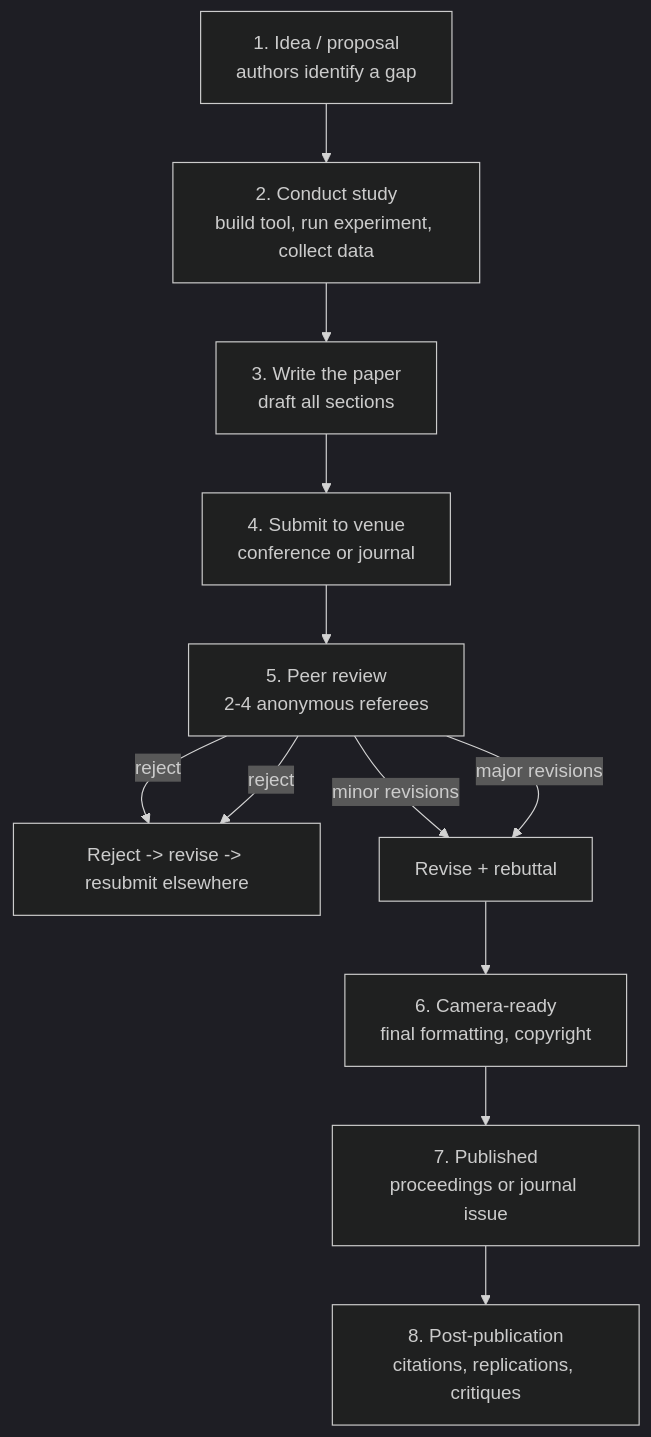
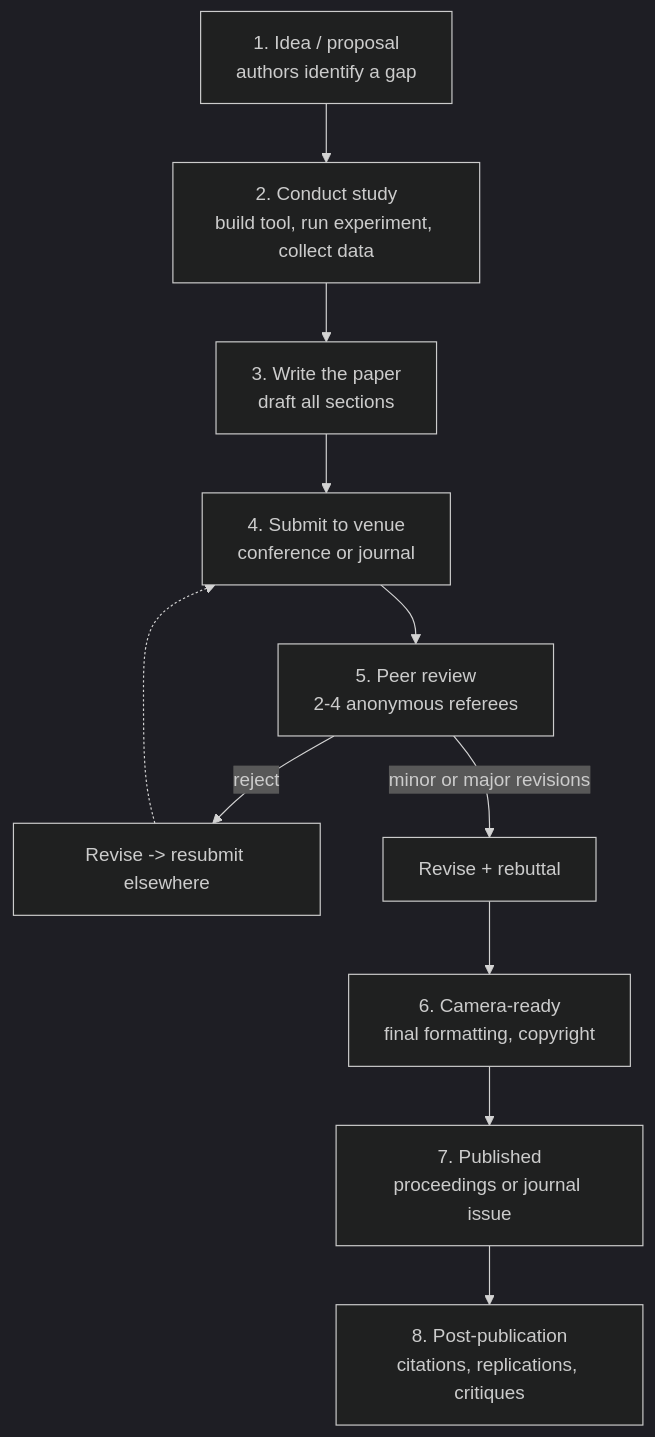
The third of 5 diagrams in personal/note/how-to-read-a-research-paper.md (oat431/oralita_md), drawn with Mermaid (dark theme) before and after one commit. The commit also changed other lines of this file and 5 other files, not shown here.

````diff
--- a/personal/note/how-to-read-a-research-paper.md
+++ b/personal/note/how-to-read-a-research-paper.md
@@ -252,14 +383,13 @@
 ```mermaid
 flowchart TD
     A["1. Idea / proposal<br/>authors identify a gap"] --> B["2. Conduct study<br/>build tool, run experiment, collect data"]
     B --> C["3. Write the paper<br/>draft all sections"]
     C --> D["4. Submit to venue<br/>conference or journal"]
     D --> E["5. Peer review<br/>2-4 anonymous referees"]
-    E -->|reject| R["Reject -> revise -> resubmit elsewhere"]
-    E -->|minor revisions| F["Revise + rebuttal"]
-    E -->|major revisions| F
-    E -->|reject| R
+    E -->|reject| R["Revise -> resubmit elsewhere"]
+    R -.-> D
+    E -->|minor or major revisions| F["Revise + rebuttal"]
     F --> G["6. Camera-ready<br/>final formatting, copyright"]
     G --> H["7. Published<br/>proceedings or journal issue"]
     H --> I["8. Post-publication<br/>citations, replications, critiques"]
 ```
````
